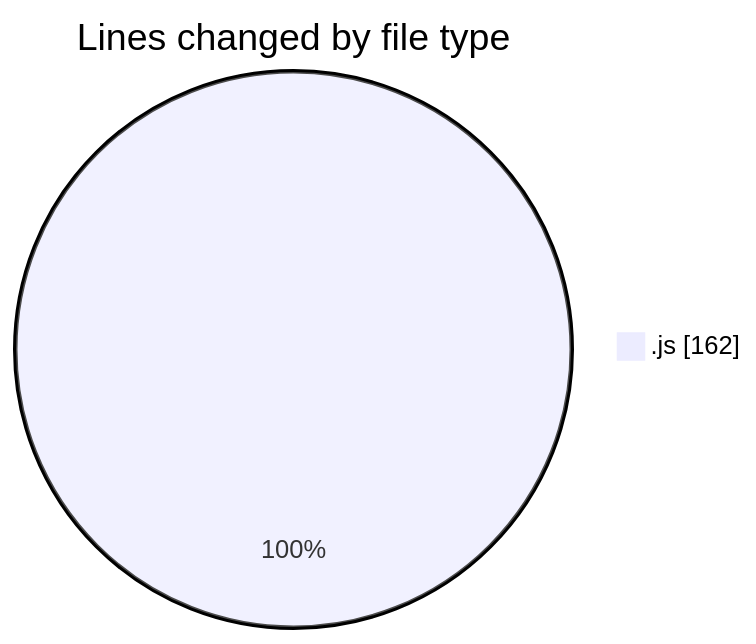
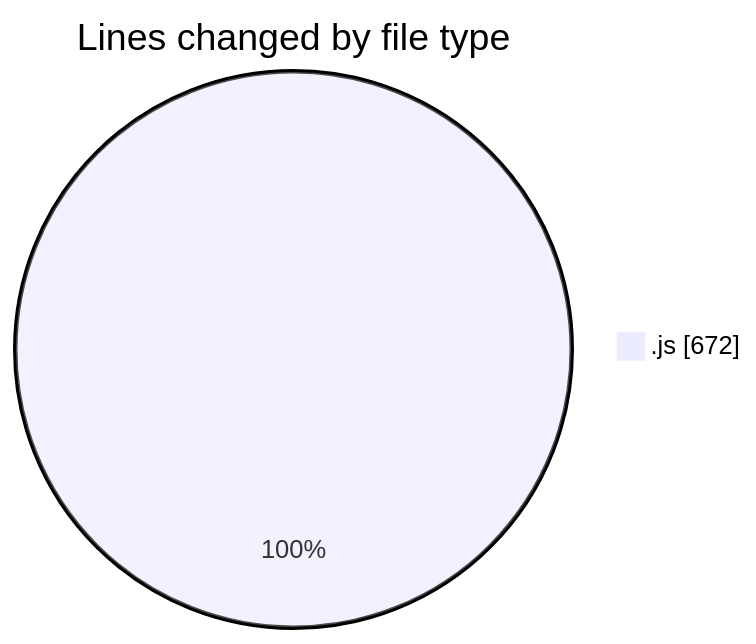
Before and after one commit to momahboobian/code-tracking: the first of 2 diagrams in 2025-03-13/cda/README.md, drawn with Mermaid. The commit also changed other lines of this file and 1 other file, not shown here.

````diff
--- a/2025-03-13/cda/README.md
+++ b/2025-03-13/cda/README.md
@@ -22,5 +22,5 @@
 ```mermaid
 pie showData
 title Lines changed by file type
-".js" : 162
+".js" : 672
 ```
````
